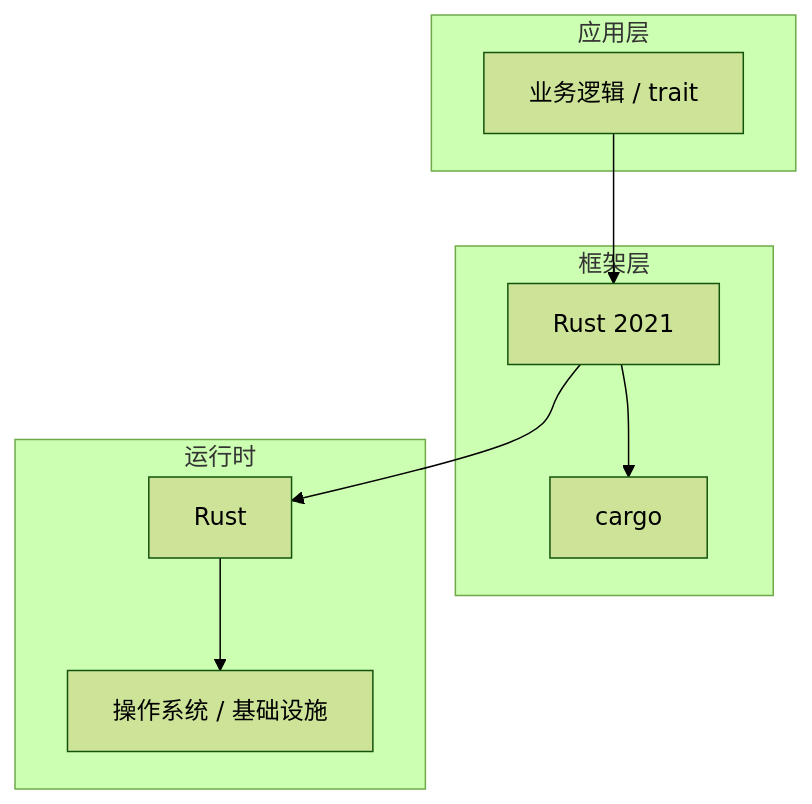
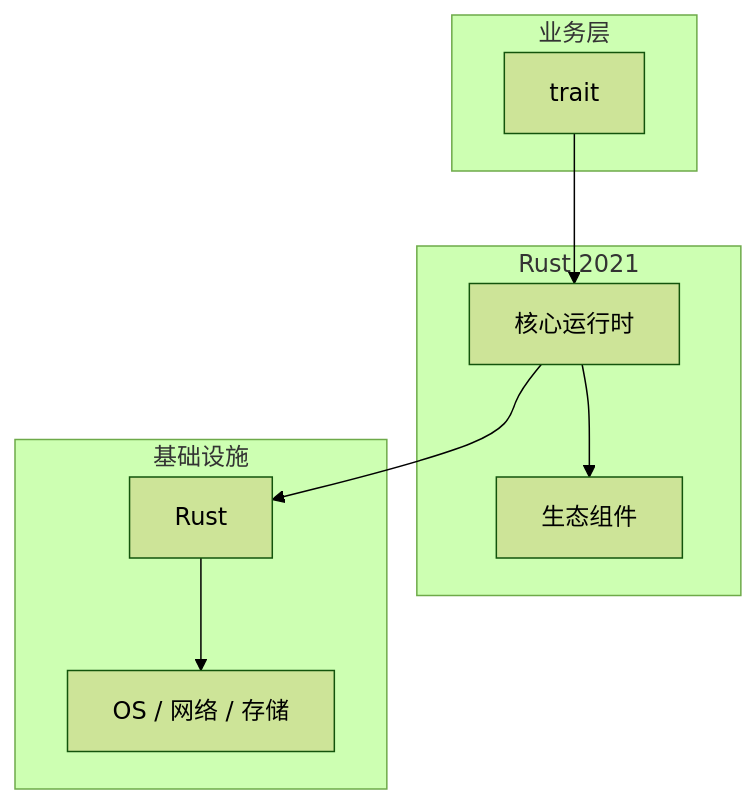
One commit to yanggan2015/knowledge-json-v2 changed the diagram in articles/Rust语言/chapters/041-trait核心概念与原理.md. Above: the diagram before and after it, drawn with Mermaid (forest theme). The commit also changed other lines of this file and 10127 other files, not shown here.

````diff
--- a/articles/Rust语言/chapters/041-trait核心概念与原理.md
+++ b/articles/Rust语言/chapters/041-trait核心概念与原理.md
@@ -45,18 +34,18 @@
 ```mermaid
 graph TB
-    subgraph 应用层
-        A[业务逻辑 / trait]
+    subgraph 业务层
+        A[trait]
     end
-    subgraph 框架层
-        B[Rust 2021]
-        C[cargo]
+    subgraph Rust 2021
+        B[核心运行时]
+        C[生态组件]
     end
-    subgraph 运行时
+    subgraph 基础设施
         D[Rust]
-        E[操作系统 / 基础设施]
+        E[OS / 网络 / 存储]
     end
     A --> B
     B --> C
     B --> D
     D --> E
 ```
````
